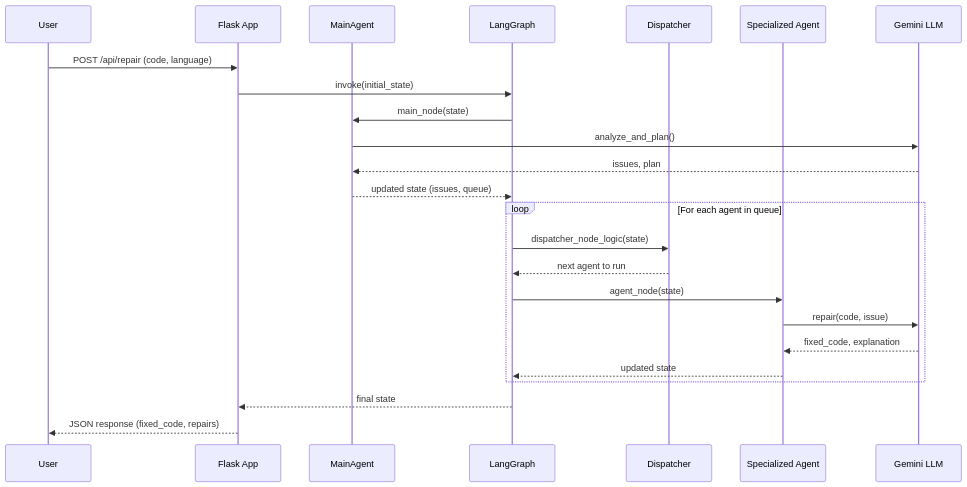
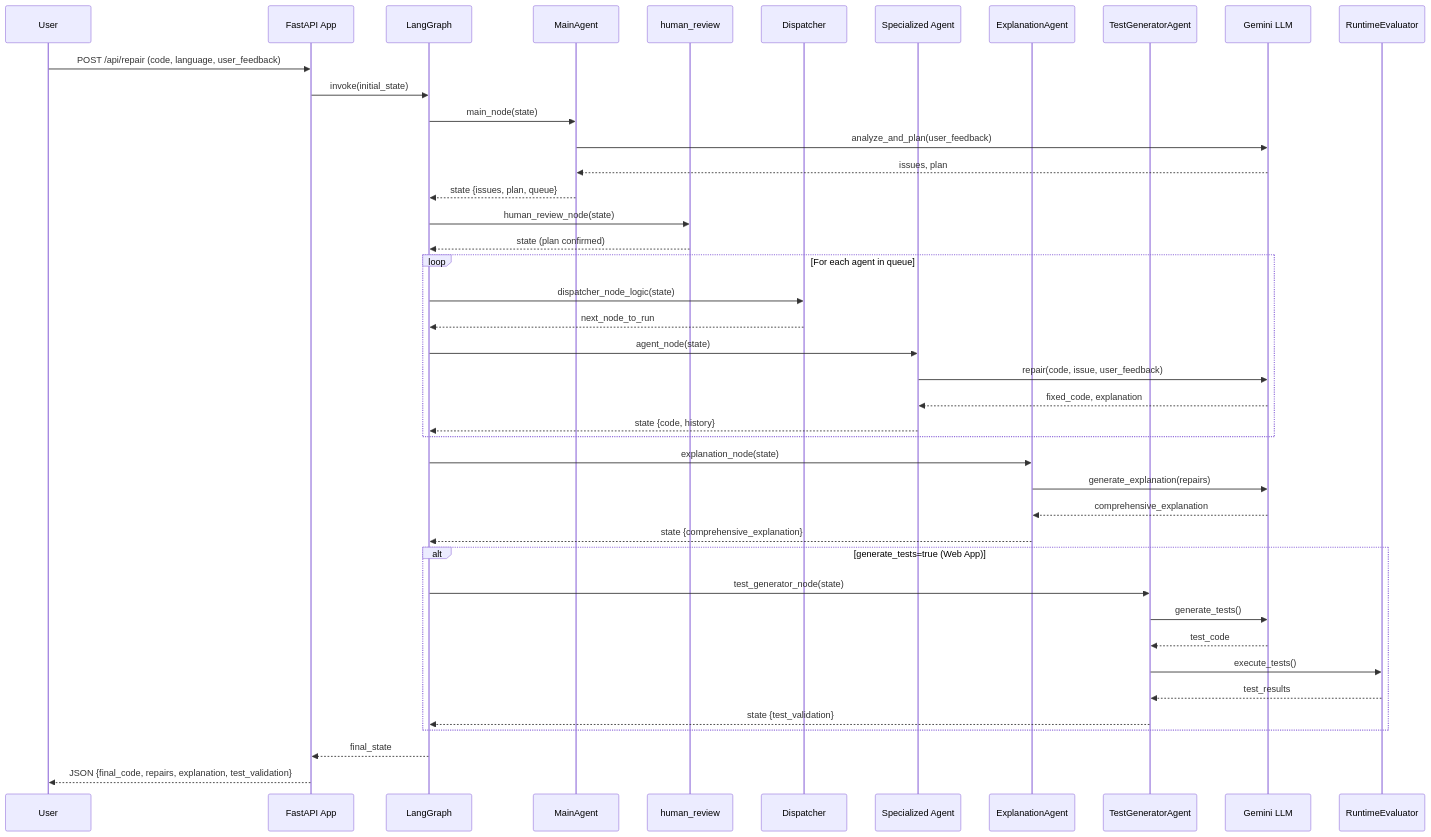
One commit to omaryasser3/Ai-Project changed the ninth of 9 diagrams in METHODOLOGY.md. Above: the diagram before and after it, drawn with Mermaid. The commit also changed other lines of this file, not shown here.

First line of the commit message:
Revise METHODOLOGY.md to document current multi-agent system architecture

````diff
--- a/METHODOLOGY.md
+++ b/METHODOLOGY.md
@@ -178,29 +457,51 @@
 ```mermaid
 sequenceDiagram
     participant User
-    participant Flask as Flask App
+    participant FastAPI as FastAPI App
+    participant Graph as LangGraph
     participant Main as MainAgent
-    participant Graph as LangGraph
+    participant Review as human_review
     participant Dispatch as Dispatcher
     participant Agent as Specialized Agent
+    participant Explain as ExplanationAgent
+    participant TestGen as TestGeneratorAgent
     participant LLM as Gemini LLM
+    participant Eval as RuntimeEvaluator
     
-    User->>Flask: POST /api/repair (code, language)
-    Flask->>Graph: invoke(initial_state)
+    User->>FastAPI: POST /api/repair (code, language, user_feedback)
+    FastAPI->>Graph: invoke(initial_state)
+    
     Graph->>Main: main_node(state)
-    Main->>LLM: analyze_and_plan()
+    Main->>LLM: analyze_and_plan(user_feedback)
     LLM-->>Main: issues, plan
-    Main-->>Graph: updated state (issues, queue)
+    Main-->>Graph: state {issues, plan, queue}
+    
+    Graph->>Review: human_review_node(state)
+    Review-->>Graph: state (plan confirmed)
     
     loop For each agent in queue
         Graph->>Dispatch: dispatcher_node_logic(state)
-        Dispatch-->>Graph: next agent to run
+        Dispatch-->>Graph: next_node_to_run
         Graph->>Agent: agent_node(state)
-        Agent->>LLM: repair(code, issue)
+        Agent->>LLM: repair(code, issue, user_feedback)
         LLM-->>Agent: fixed_code, explanation
-        Agent-->>Graph: updated state
+        Agent-->>Graph: state {code, history}
     end
     
-    Graph-->>Flask: final state
-    Flask-->>User: JSON response (fixed_code, repairs)
+    Graph->>Explain: explanation_node(state)
+    Explain->>LLM: generate_explanation(repairs)
+    LLM-->>Explain: comprehensive_explanation
+    Explain-->>Graph: state {comprehensive_explanation}
+    
+    alt generate_tests=true (Web App)
+        Graph->>TestGen: test_generator_node(state)
+        TestGen->>LLM: generate_tests()
+        LLM-->>TestGen: test_code
+        TestGen->>Eval: execute_tests()
+        Eval-->>TestGen: test_results
+        TestGen-->>Graph: state {test_validation}
+    end
+    
+    Graph-->>FastAPI: final_state
+    FastAPI-->>User: JSON {final_code, repairs, explanation, test_validation}
 ```
````
